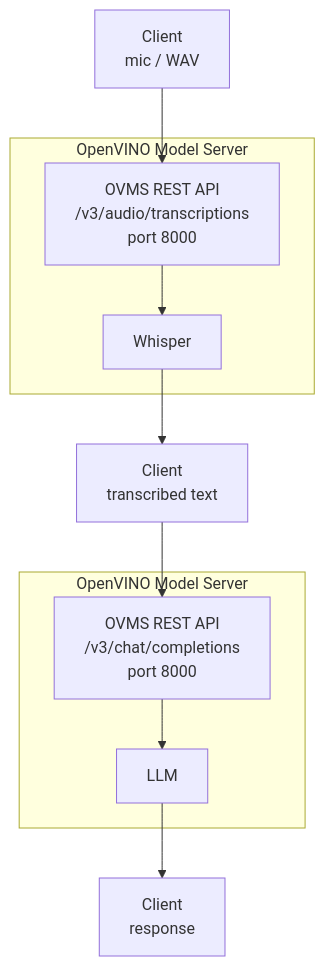
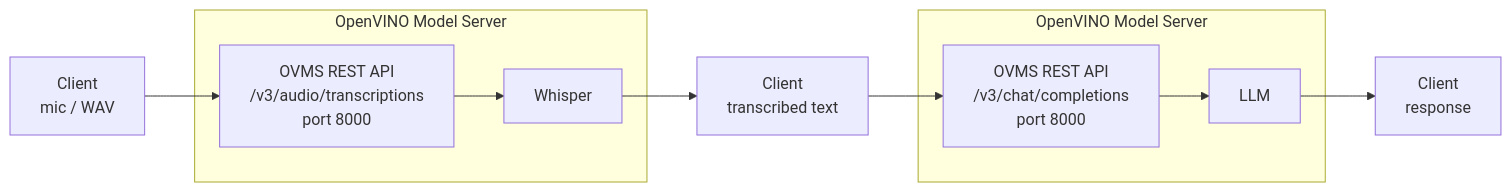
One commit to kazukiminemura/OVMS_baremetal_demo changed the diagram in Readme.md. Above: the diagram before and after it, drawn with Mermaid.

Commit message:
Make architecture diagram horizontal

````diff
--- a/Readme.md
+++ b/Readme.md
@@ -7,17 +7,17 @@
 ```mermaid
-flowchart TD
+flowchart LR
     A["Client<br/>mic / WAV"] --> B["OVMS REST API<br/>/v3/audio/transcriptions<br/>port 8000"]
 
     subgraph OVMS["OpenVINO Model Server"]
         B --> D["Whisper"]
     end
 
     D --> C["Client<br/>transcribed text"]
     C --> E["OVMS REST API<br/>/v3/chat/completions<br/>port 8000"]
 
     subgraph OVMS_LLM["OpenVINO Model Server"]
         E --> F["LLM"]
     end
 
     F --> G["Client<br/>response"]
 ```
````
